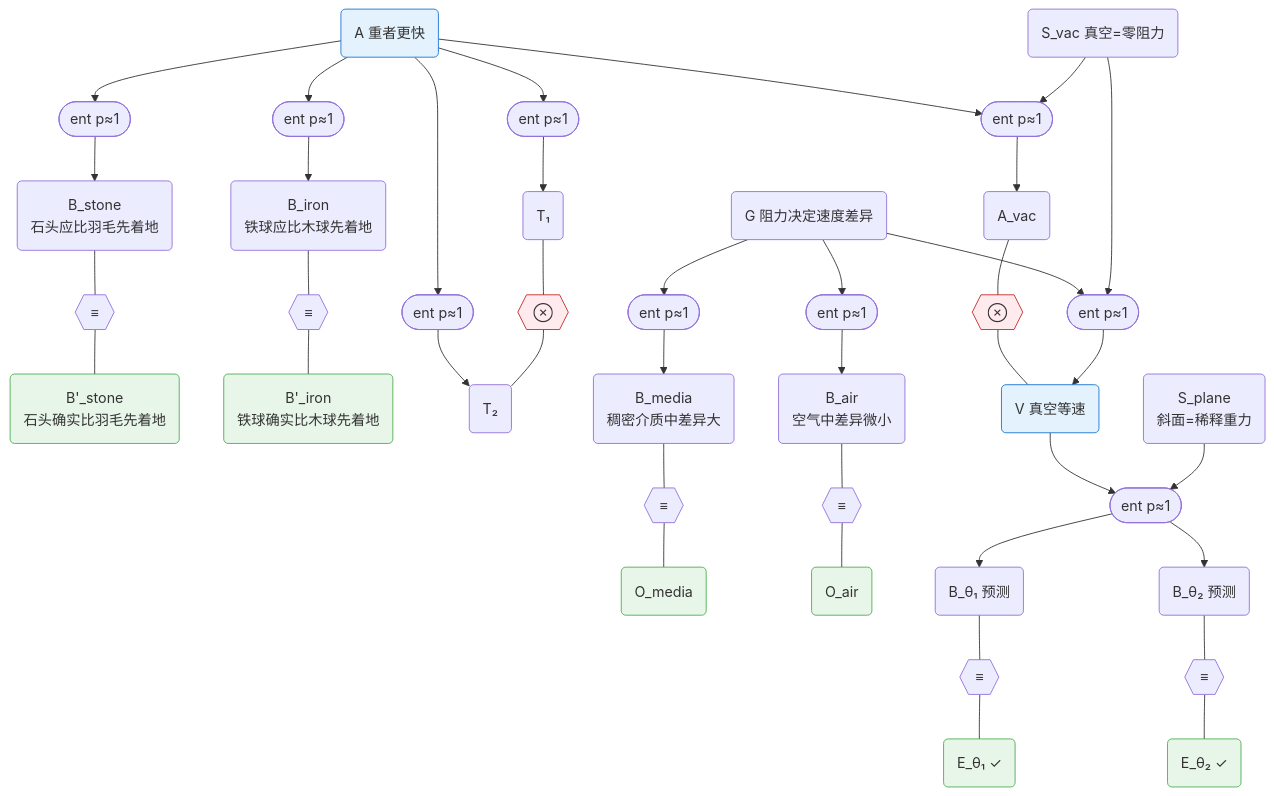
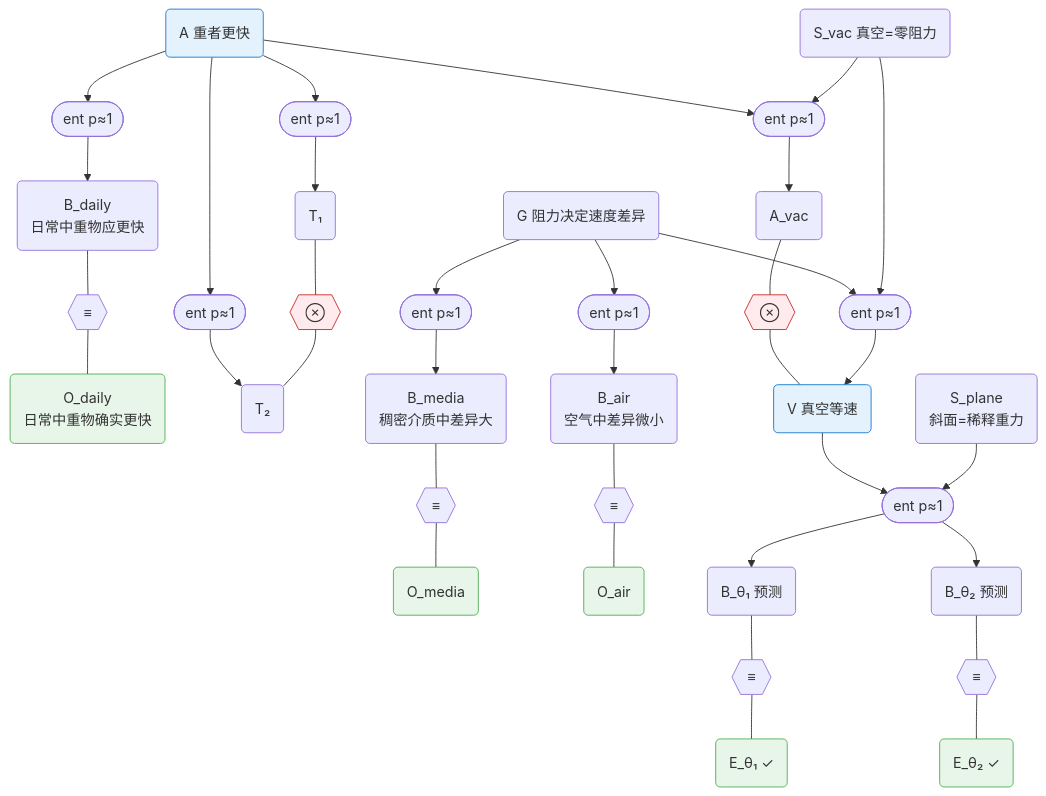
The ninth of 9 diagrams in docs/foundations/theory/science-formalization.md (newtontech/Gaia), drawn with Mermaid before and after one commit. The commit also changed other lines of this file, not shown here.

Commit message:
docs: keep W1 at O_daily granularity

````diff
--- a/docs/foundations/theory/science-formalization.md
+++ b/docs/foundations/theory/science-formalization.md
@@ -352,42 +350,40 @@
 ```mermaid
 graph TD
     %% ===== W₁ expanded: A supported by daily observations (induction) =====
-    A("A 重者更快"):::concl --> fAd1(["ent p≈1"]) --> Bs("B_stone<br/>石头应比羽毛先着地")
-    A --> fAd2(["ent p≈1"]) --> Bi("B_iron<br/>铁球应比木球先着地")
-    Bs --- eqd1{{"≡"}} --- Bps("B'_stone<br/>石头确实比羽毛先着地"):::obs
-    Bi --- eqd2{{"≡"}} --- Bpi("B'_iron<br/>铁球确实比木球先着地"):::obs
+    A("A 重者更快"):::concl --> fAd(["ent p≈1"]) --> Bd("B_daily<br/>日常中重物应更快")
+    Bd --- eqd1{{"≡"}} --- Odaily("O_daily<br/>日常中重物确实更快"):::obs
 
     %% ===== A → T₁⊗T₂ contradiction =====
     A --> fAT1(["ent p≈1"]) --> T1("T₁")
     A --> fAT2(["ent p≈1"]) --> T2("T₂")
     T1 --- c1{{"⊗"}}:::contra --- T2
 
     %% ===== A + S_vac → A_vac ⊗ V =====
     A --> fAvac(["ent p≈1"])
     Svac("S_vac 真空=零阻力") --> fAvac
     fAvac --> Avac("A_vac")
     Avac --- c2{{"⊗"}}:::contra --- V
 
     %% ===== W₂ Part a expanded: observations → G (abduction) =====
     G("G 阻力决定速度差异") --> fGm(["ent p≈1"]) --> Bm("B_media<br/>稠密介质中差异大")
     G --> fGa(["ent p≈1"]) --> Ba("B_air<br/>空气中差异微小")
     Bm --- eqm{{"≡"}} --- Omedia("O_media"):::obs
     Ba --- eqa{{"≡"}} --- Oair("O_air"):::obs
 
     %% ===== W₂ Part b: G + S_vac → V (entailment) =====
     G --> fGV(["ent p≈1"])
     Svac --> fGV
     fGV --> V("V 真空等速"):::concl
 
     %% ===== W₃ expanded: experiments → V (induction) =====
     V --> fVt(["ent p≈1"])
     Sp("S_plane<br/>斜面=稀释重力") --> fVt
     fVt --> Bt1("B_θ₁ 预测")
     fVt --> Bt2("B_θ₂ 预测")
     Bt1 --- eqt1{{"≡"}} --- Et1("E_θ₁ ✓"):::obs
     Bt2 --- eqt2{{"≡"}} --- Et2("E_θ₂ ✓"):::obs
 
     classDef obs fill:#e8f5e9,stroke:#4caf50
     classDef concl fill:#e3f2fd,stroke:#1976d2
     classDef contra fill:#ffebee,stroke:#c62828
 ```
````
